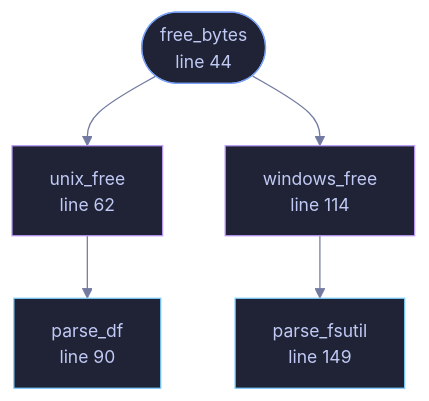
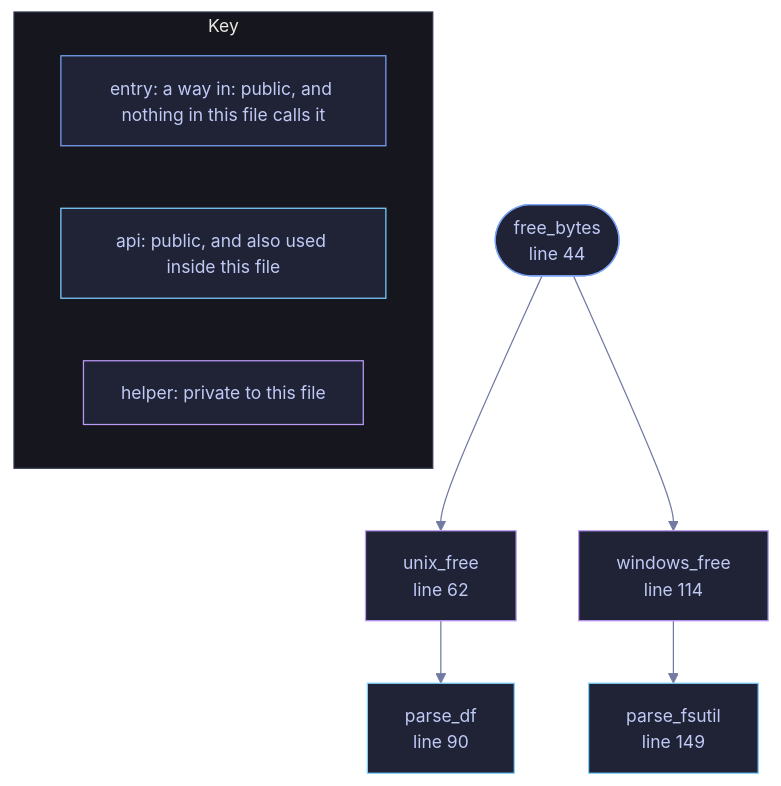
One commit to tilas01/veilvoice changed the diagram in docs/files/veilvoice-setup/space.md. Above: the diagram before and after it, drawn with Mermaid. The commit also changed 1510 other files, not shown here.

First line of the commit message:
Regenerate the documentation, wiki, site, graphs and measured numbers

````diff
--- a/docs/files/veilvoice-setup/space.md
+++ b/docs/files/veilvoice-setup/space.md
@@ -85,24 +85,33 @@
 ```mermaid
 %%{init: {"theme":"base","themeVariables":{"background":"#1a1b26","primaryColor":"#1f2335","primaryTextColor":"#c0caf5","primaryBorderColor":"#7aa2f7","secondaryColor":"#16161e","tertiaryColor":"#16161e","lineColor":"#737aa2","textColor":"#c0caf5","mainBkg":"#1f2335","nodeBorder":"#7aa2f7","clusterBkg":"#16161e","clusterBorder":"#2f3549","fontFamily":"ui-monospace, SFMono-Regular, Consolas, monospace","fontSize":"14px"}}}%%
 flowchart TD
     n_free_bytes(["free_bytes<br/>line 44"])
     n_unix_free["unix_free<br/>line 62"]
     n_parse_df["parse_df<br/>line 90"]
     n_windows_free["windows_free<br/>line 114"]
     n_parse_fsutil["parse_fsutil<br/>line 149"]
     n_free_bytes --> n_unix_free
     n_free_bytes --> n_windows_free
     n_unix_free --> n_parse_df
     n_windows_free --> n_parse_fsutil
     click n_free_bytes href "https://github.com/tilas01/veilvoice/blob/main/crates/veilvoice-setup/src/space.rs#L44" "open the source"
     click n_unix_free href "https://github.com/tilas01/veilvoice/blob/main/crates/veilvoice-setup/src/space.rs#L62" "open the source"
     click n_parse_df href "https://github.com/tilas01/veilvoice/blob/main/crates/veilvoice-setup/src/space.rs#L90" "open the source"
     click n_windows_free href "https://github.com/tilas01/veilvoice/blob/main/crates/veilvoice-setup/src/space.rs#L114" "open the source"
     click n_parse_fsutil href "https://github.com/tilas01/veilvoice/blob/main/crates/veilvoice-setup/src/space.rs#L149" "open the source"
     classDef entry fill:#1f2335,stroke:#7aa2f7,color:#c0caf5
     class n_free_bytes entry
     classDef api fill:#1f2335,stroke:#7dcfff,color:#c0caf5
     class n_parse_df,n_parse_fsutil api
     classDef helper fill:#1f2335,stroke:#bb9af7,color:#c0caf5
     class n_unix_free,n_windows_free helper
+    subgraph chart_key ["Key"]
+        direction LR
+        key_entry["entry: a way in: public, and nothing in this file calls it"]
+        key_api["api: public, and also used inside this file"]
+        key_helper["helper: private to this file"]
+    end
+    class key_entry entry
+    class key_api api
+    class key_helper helper
 ```
````
